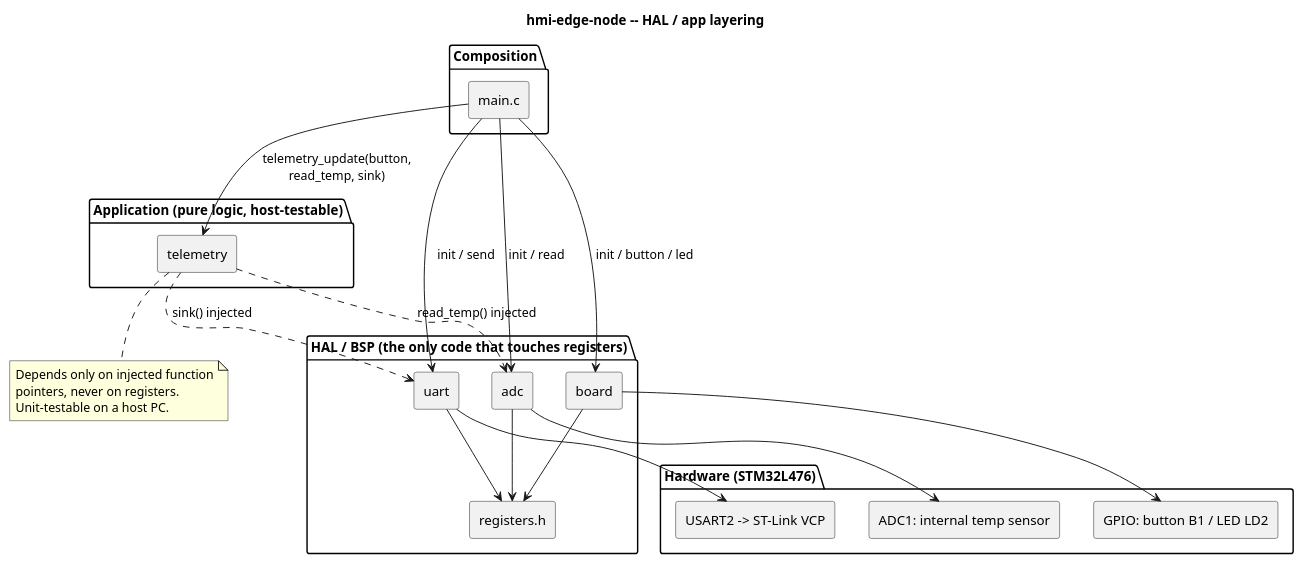
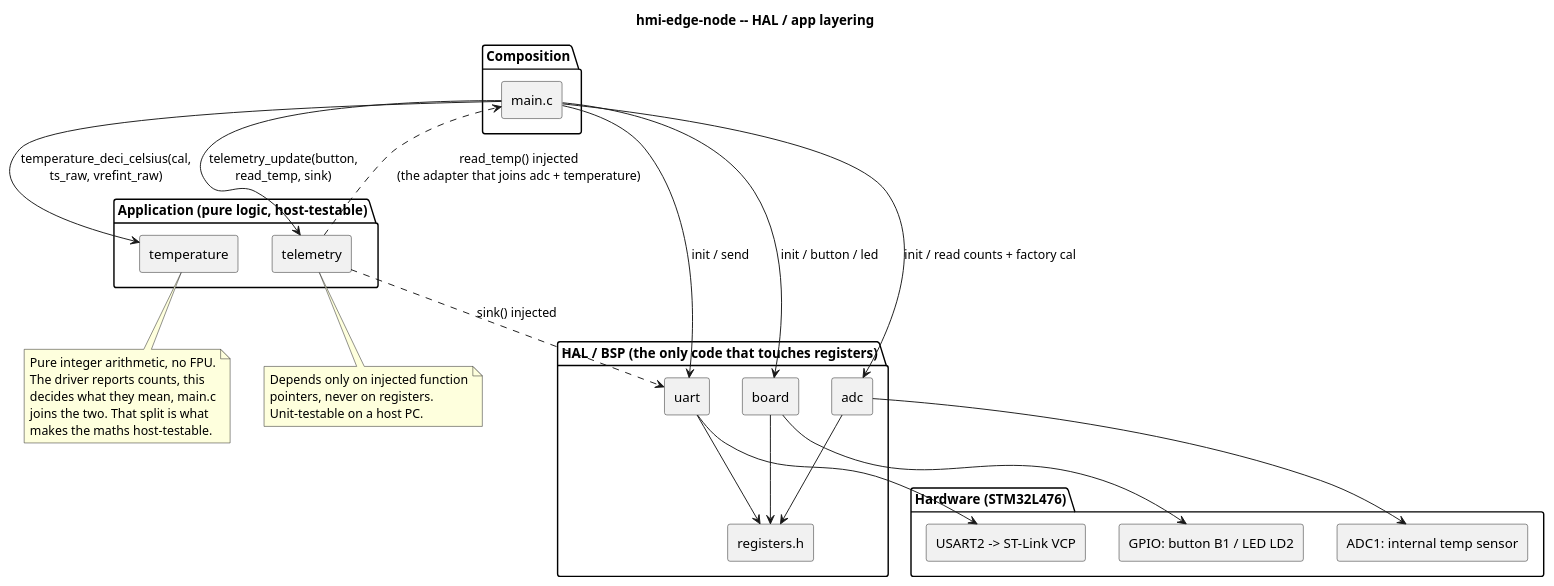
The diagram in docs/uml/architecture.puml (bogdanbaloi/hmi-edge-node), drawn with PlantUML before and after one commit. The commit also changed 16 other files, not shown here.

```diff
--- a/docs/uml/architecture.puml
+++ b/docs/uml/architecture.puml
@@ -1,56 +1,66 @@
 @startuml architecture
 ' Component view: the HAL / app layering. The application logic never touches
 ' a register, so it is portable and host-testable; only the HAL does I/O.
 '
 ' Grounded in the real source: Src/main.c, Src/telemetry.c, Src/board.c,
 ' Src/uart.c, Src/adc.c, Inc/registers.h.
 
 title hmi-edge-node -- HAL / app layering
 
 skinparam shadowing false
 skinparam componentStyle rectangle
 
 package "Composition" {
   [main.c] as Main
 }
 
 package "Application (pure logic, host-testable)" {
-  [telemetry] as Tel
+  [telemetry]   as Tel
+  [temperature] as Temp
 }
 
 package "HAL / BSP (the only code that touches registers)" {
   [board] as Board
   [uart]  as Uart
   [adc]   as Adc
   [registers.h] as Regs
 }
 
 package "Hardware (STM32L476)" {
   [GPIO: button B1 / LED LD2] as Gpio
   [USART2 -> ST-Link VCP]     as Usart
   [ADC1: internal temp sensor] as AdcHw
 }
 
 Main --> Board : init / button / led
 Main --> Uart  : init / send
-Main --> Adc   : init / read
+Main --> Adc   : init / read counts + factory cal
+Main --> Temp  : temperature_deci_celsius(cal,\nts_raw, vrefint_raw)
 Main --> Tel   : telemetry_update(button,\nread_temp, sink)
 
-Tel ..> Adc  : read_temp() injected
+Tel ..> Main : read_temp() injected\n(the adapter that joins adc + temperature)
 Tel ..> Uart : sink() injected
 
 Board --> Regs
 Uart  --> Regs
 Adc   --> Regs
 
 Board --> Gpio
 Uart  --> Usart
 Adc   --> AdcHw
 
 note bottom of Tel
   Depends only on injected function
   pointers, never on registers.
   Unit-testable on a host PC.
 end note
 
+note bottom of Temp
+  Pure integer arithmetic, no FPU.
+  The driver reports counts, this
+  decides what they mean, main.c
+  joins the two. That split is what
+  makes the maths host-testable.
+end note
+
 @enduml
```
